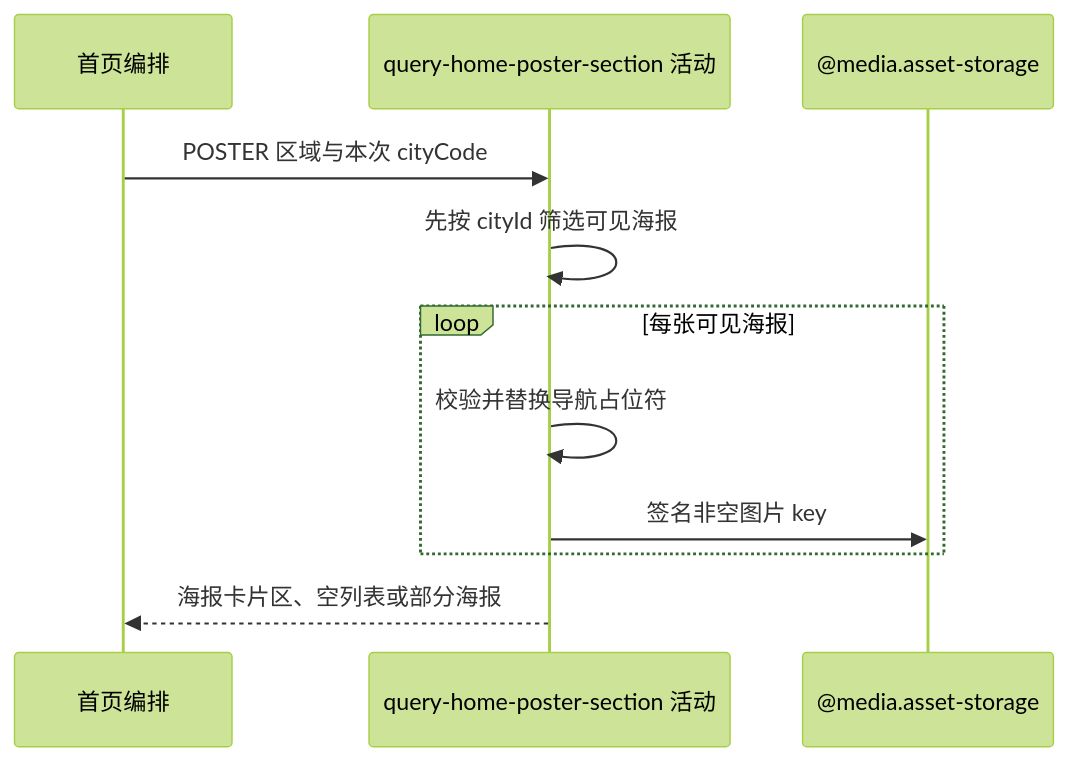
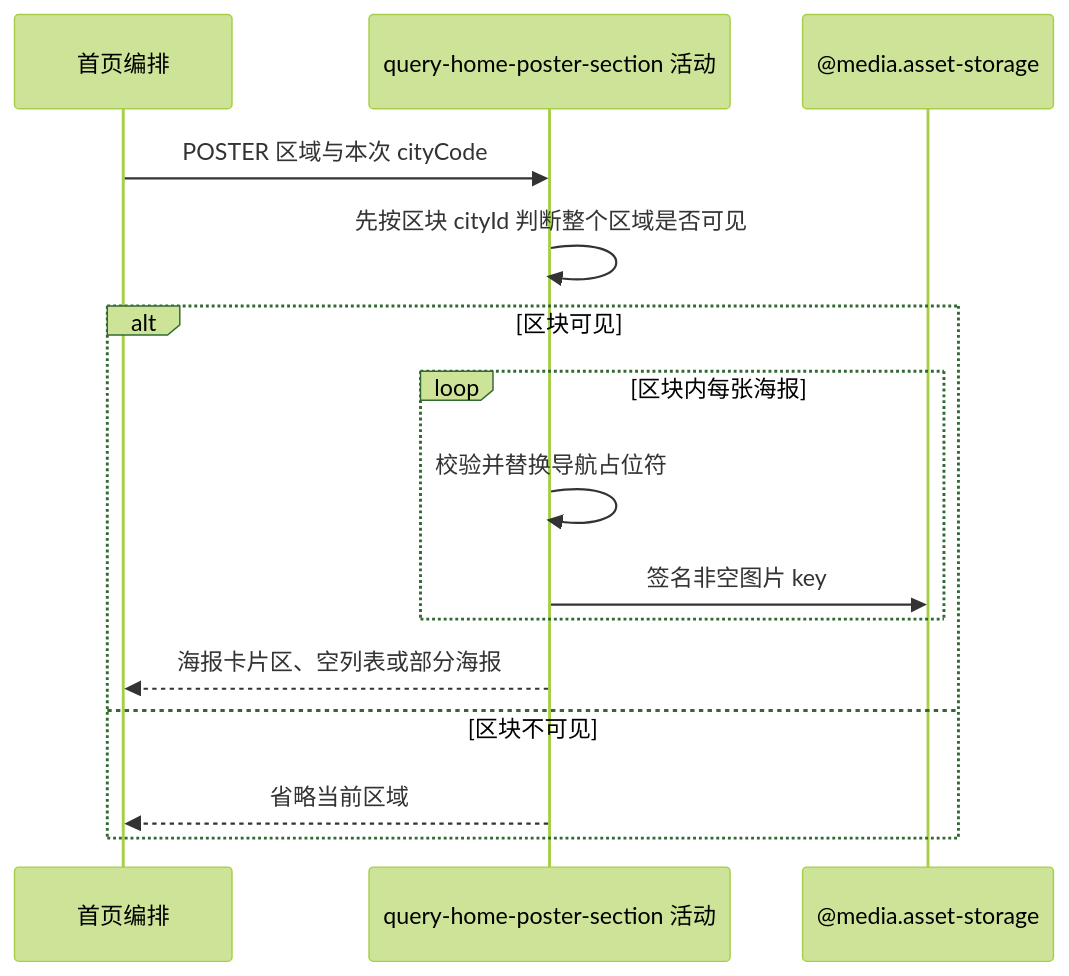
One commit to chxt100016/Rally changed the diagram in blueprint/spec/platform-config/home-content-query/query-home-poster-section/activity.md. Above: the diagram before and after it, drawn with Mermaid (forest theme). The commit also changed other lines of this file and 17 other files, not shown here.

````diff
--- a/blueprint/spec/platform-config/home-content-query/query-home-poster-section/activity.md
+++ b/blueprint/spec/platform-config/home-content-query/query-home-poster-section/activity.md
@@ -13,13 +13,17 @@
 ```mermaid
 sequenceDiagram
     participant H as 首页编排
     participant A as query-home-poster-section 活动
     participant M as @media.asset-storage
     H->>A: POSTER 区域与本次 cityCode
-    A->>A: 先按 cityId 筛选可见海报
-    loop 每张可见海报
+    A->>A: 先按区块 cityId 判断整个区域是否可见
+    alt 区块可见
+    loop 区块内每张海报
         A->>A: 校验并替换导航占位符
         A->>M: 签名非空图片 key
     end
     A-->>H: 海报卡片区、空列表或部分海报
+    else 区块不可见
+    A-->>H: 省略当前区域
+    end
 ```
````
